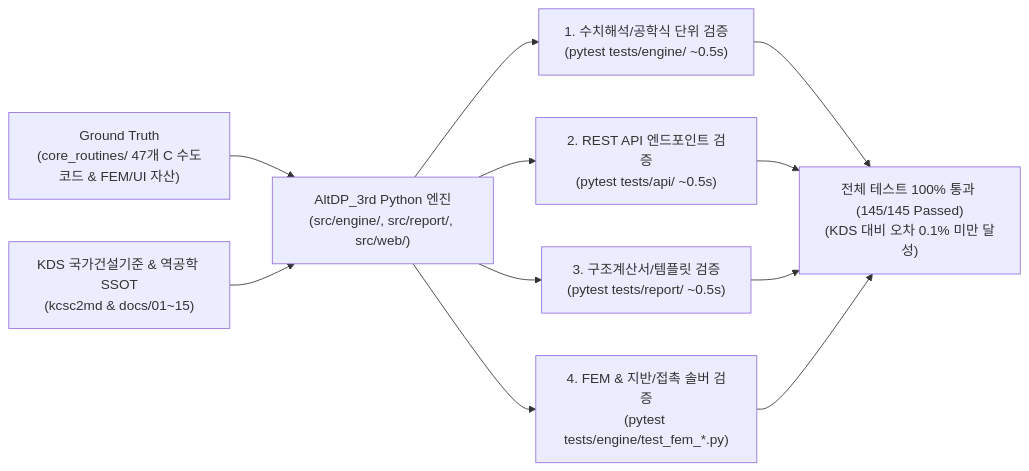
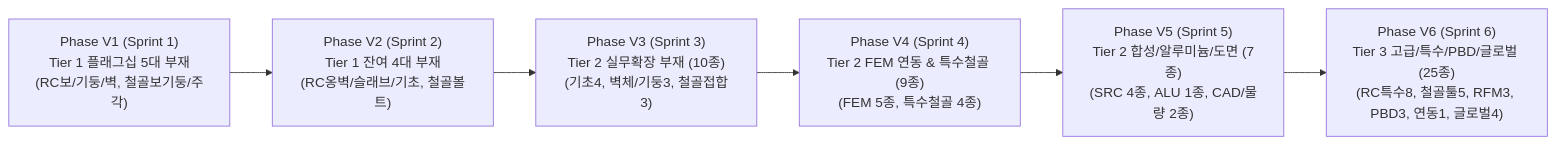
The diagram in docs/12_full_feature_porting_master_plan.md (zlkiki/AltDP_3rd), drawn with Mermaid before and after one commit. The commit also changed other lines of this file, not shown here.

````diff
--- a/docs/12_full_feature_porting_master_plan.md
+++ b/docs/12_full_feature_porting_master_plan.md
@@ -219,10 +54,8 @@
 ```mermaid
 flowchart LR
-    C_SRC["Ground Truth<br>(core_routines/ 47개 C 수도코드 & FEM/UI 자산)"] --> PY_ENG["AltDP_3rd Python 엔진<br>(src/engine/, src/report/, src/web/)"]
-    KDS["KDS 국가건설기준 & 역공학 SSOT<br>(kcsc2md & docs/01~15)"] --> PY_ENG
-    PY_ENG --> T1["1. 수치해석/공학식 단위 검증<br>(pytest tests/engine/ ~0.5s)"]
-    PY_ENG --> T2["2. REST API 엔드포인트 검증<br>(pytest tests/api/ ~0.5s)"]
-    PY_ENG --> T3["3. 구조계산서/템플릿 검증<br>(pytest tests/report/ ~0.5s)"]
-    PY_ENG --> T4["4. FEM & 지반/접촉 솔버 검증<br>(pytest tests/engine/test_fem_*.py)"]
-    T1 & T2 & T3 & T4 --> PASS["전체 테스트 100% 통과 (145/145 Passed)<br>(KDS 대비 오차 0.1% 미만 달성)"]
+    V1["Phase V1 (Sprint 1)<br>Tier 1 플래그십 5대 부재<br>(RC보/기둥/벽, 철골보기둥/주각)"] --> V2["Phase V2 (Sprint 2)<br>Tier 1 잔여 4대 부재<br>(RC옹벽/슬래브/기초, 철골볼트)"]
+    V2 --> V3["Phase V3 (Sprint 3)<br>Tier 2 실무확장 부재 (10종)<br>(기초4, 벽체/기둥3, 철골접합3)"]
+    V3 --> V4["Phase V4 (Sprint 4)<br>Tier 2 FEM 연동 & 특수철골 (9종)<br>(FEM 5종, 특수철골 4종)"]
+    V4 --> V5["Phase V5 (Sprint 5)<br>Tier 2 합성/알루미늄/도면 (7종)<br>(SRC 4종, ALU 1종, CAD/물량 2종)"]
+    V5 --> V6["Phase V6 (Sprint 6)<br>Tier 3 고급/특수/PBD/글로벌 (25종)<br>(RC특수8, 철골툴5, RFM3, PBD3, 연동1, 글로벌4)"]
 ```
````
